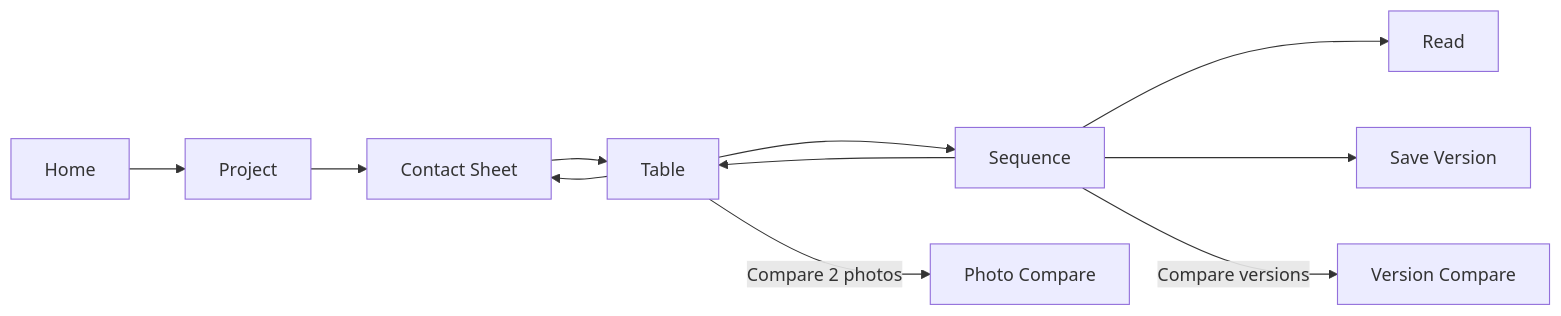
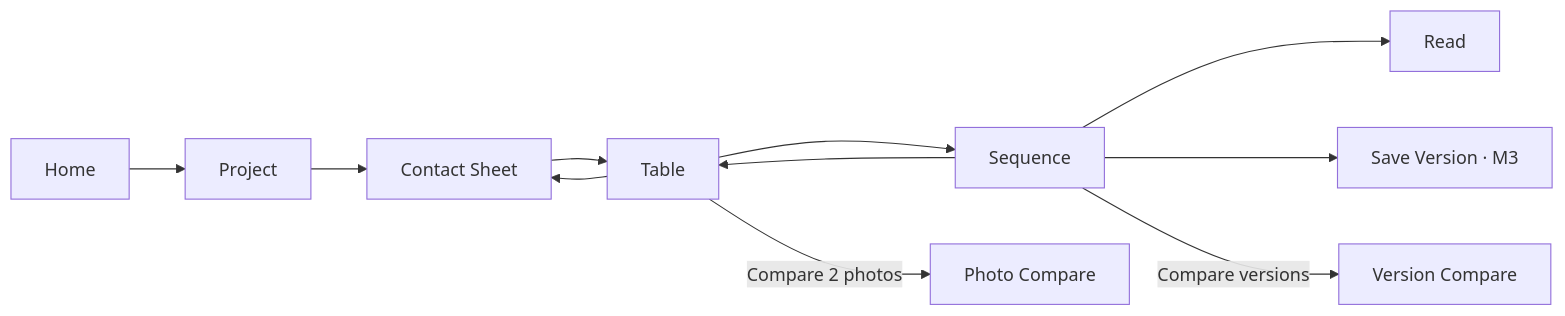
Before and after one commit to maadjdot/Photoflex: the first of 3 diagrams in MVP_Sequence/photoflex-MVP/docs/PRD_Sequence.md, drawn with Mermaid. The commit also changed other lines of this file and 58 other files, not shown here.

Commit message:
Implement PhotoFlex worktable and sequence workflows

````diff
--- a/MVP_Sequence/photoflex-MVP/docs/PRD_Sequence.md
+++ b/MVP_Sequence/photoflex-MVP/docs/PRD_Sequence.md
@@ -73,17 +75,17 @@
 ```mermaid
 flowchart LR
     Home[Home]
     Project[Project]
     Contact[Contact Sheet]
     Table[Table]
     Sequence[Sequence]
     Read[Read]
-    Version[Save Version]
+    Version[Save Version · M3]
 
     Home --> Project --> Contact --> Table --> Sequence --> Read
     Sequence --> Version
     Table -->|Compare 2 photos| TableCompare[Photo Compare]
     Sequence -->|Compare versions| VersionCompare[Version Compare]
     Table --> Contact
     Sequence --> Table
 ```
````
